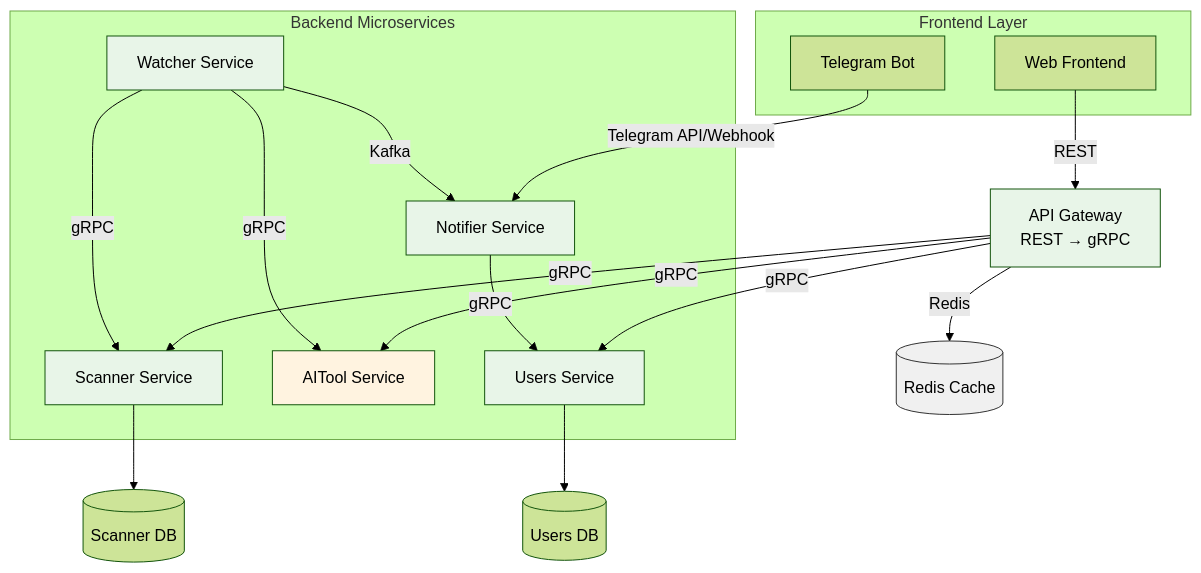
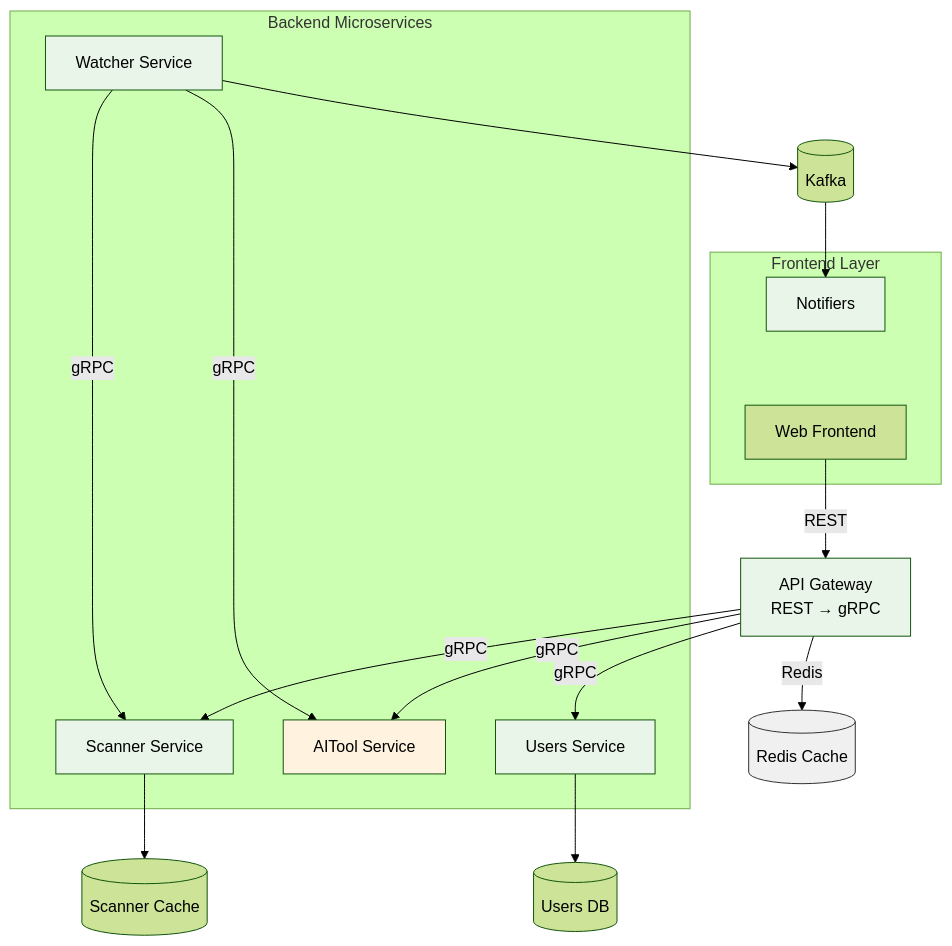
The diagram in README.md (m1keee3/FinanceAnalyst), drawn with Mermaid (forest theme) before and after one commit. The commit also changed other lines of this file, not shown here.

````diff
--- a/README.md
+++ b/README.md
@@ -14,52 +14,53 @@
 ```mermaid
 graph TB
     %% Frontend section
     subgraph "Frontend Layer"
+        NT[Notifiers]
         FE[Web Frontend]
-        TG[Telegram Bot]
+
+        NT -.- FE
+        linkStyle 0 stroke-width:0px,opacity:0
     end
 
     %% API Gateway
     GW[API Gateway<br/>REST → gRPC]
     
     %% Backend Services
     subgraph "Backend Microservices"
         SC[Scanner Service]
         WT[Watcher Service]
-        NT[Notifier Service]
         AI[AITool Service]
         US[Users Service]
     end
     
     %% Data Layer
-    DB1[(Scanner DB)]
+    DB1[(Scanner Cache)]
     DB2[(Users DB)]
     REDIS[(Redis Cache)]
+    KAFKA[(Kafka)]
     
     %% Connections
     FE -->|REST| GW
-    TG -->|Telegram API/Webhook| NT
     
     GW -->|gRPC| SC
     GW -->|gRPC| AI
     GW -->|gRPC| US
     GW -->|Redis| REDIS
     
     WT -->|gRPC| SC
     WT -->|gRPC| AI
-    WT -->|Kafka| NT
     
-    NT -->|gRPC| US
-
     SC --> DB1
     US --> DB2
+    WT --> KAFKA
+    KAFKA --> NT
 
     style GW fill:#e8f5e8
     style SC fill:#e8f5e8
     style WT fill:#e8f5e8
     style NT fill:#e8f5e8
     style US fill:#e8f5e8
     style AI fill:#fff3e0
     style REDIS fill:#f0f0f0,stroke:#333
 
 ```
````
